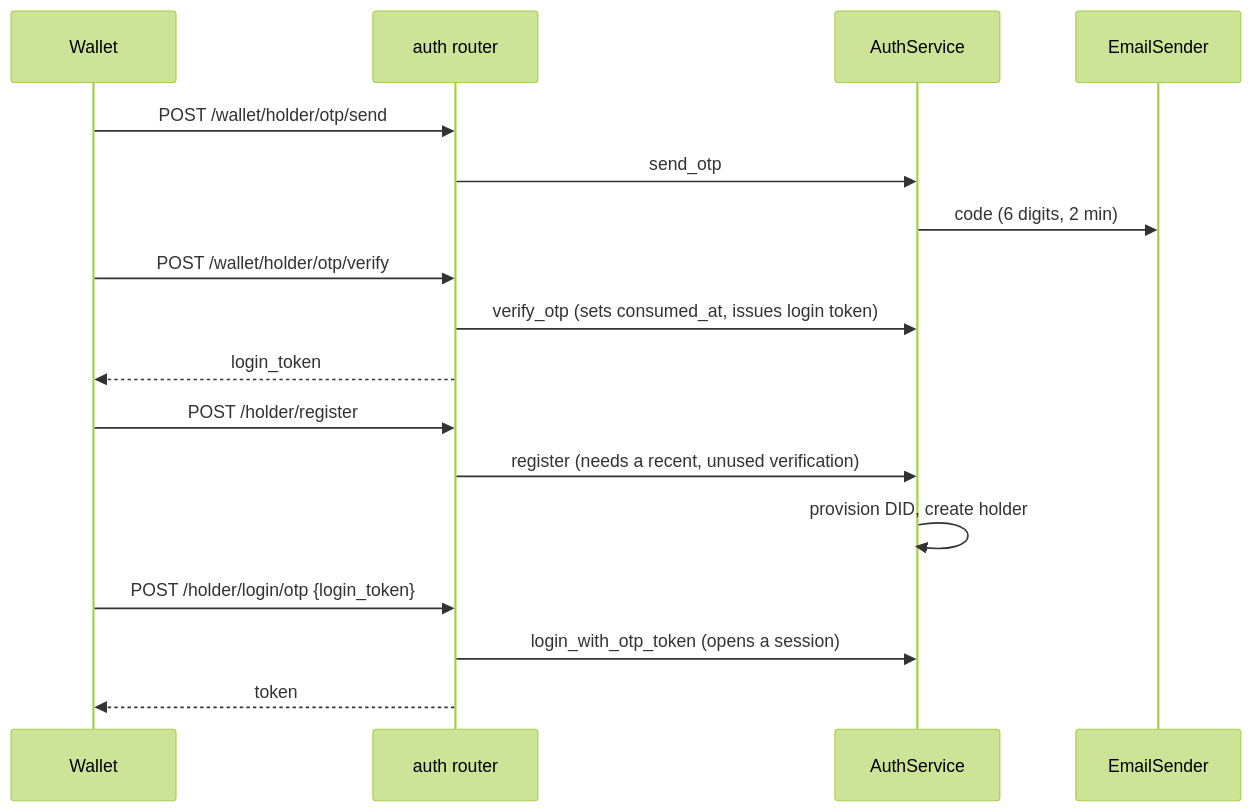
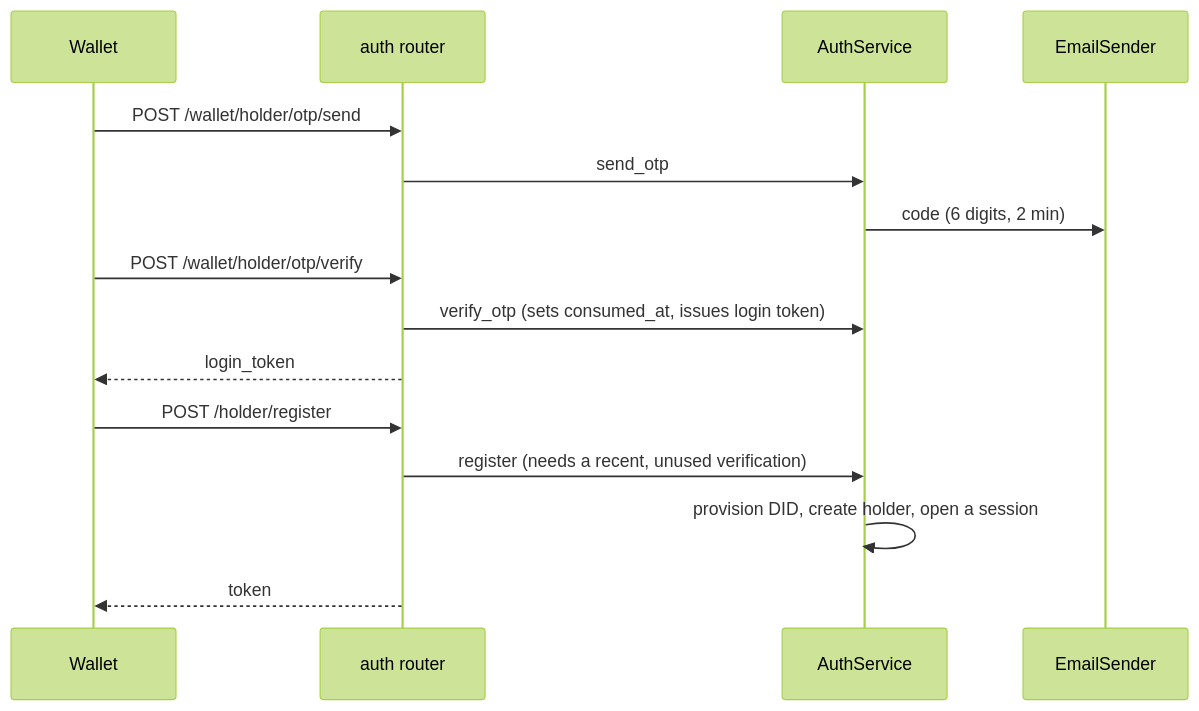
Before and after one commit to Manilvc/everycred-holder-service: the diagram in docs/features/auth.md, drawn with Mermaid (forest theme). The commit also changed other lines of this file and 9 other files, not shown here.

````diff
--- a/docs/features/auth.md
+++ b/docs/features/auth.md
@@ -140,19 +153,17 @@
 ```mermaid
 sequenceDiagram
     participant Wallet
     participant API as auth router
     participant Service as AuthService
     participant Mail as EmailSender
     Wallet->>API: POST /wallet/holder/otp/send
     API->>Service: send_otp
     Service->>Mail: code (6 digits, 2 min)
     Wallet->>API: POST /wallet/holder/otp/verify
     API->>Service: verify_otp (sets consumed_at, issues login token)
     API-->>Wallet: login_token
     Wallet->>API: POST /holder/register
     API->>Service: register (needs a recent, unused verification)
-    Service->>Service: provision DID, create holder
-    Wallet->>API: POST /holder/login/otp {login_token}
-    API->>Service: login_with_otp_token (opens a session)
+    Service->>Service: provision DID, create holder, open a session
     API-->>Wallet: token
 ```
````
